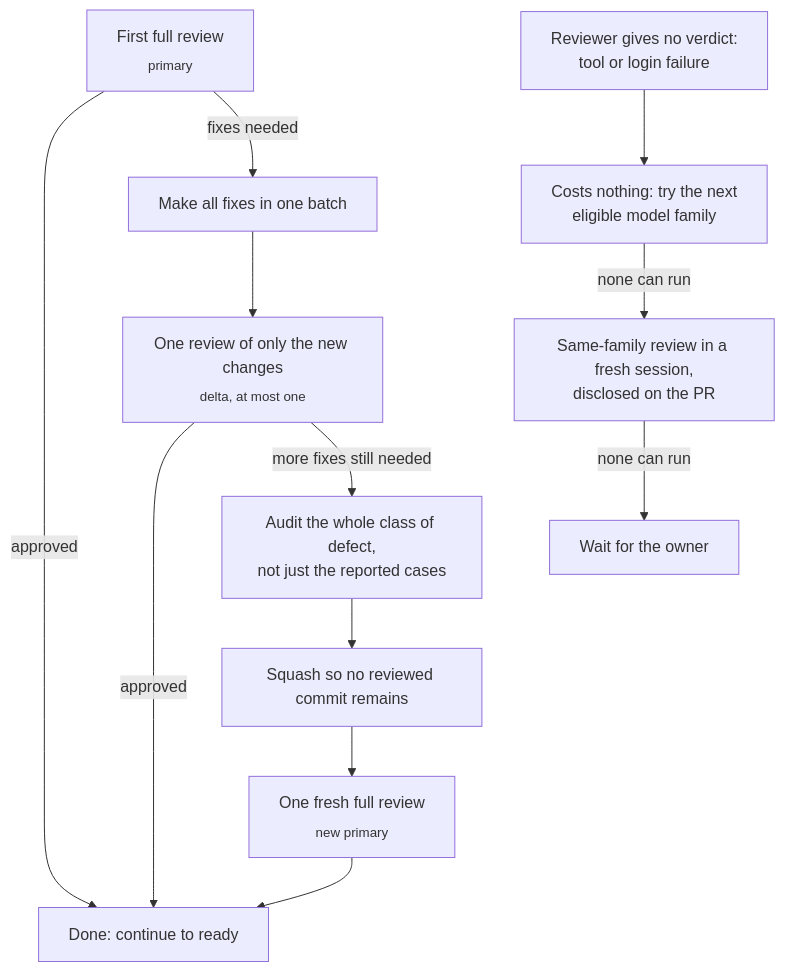
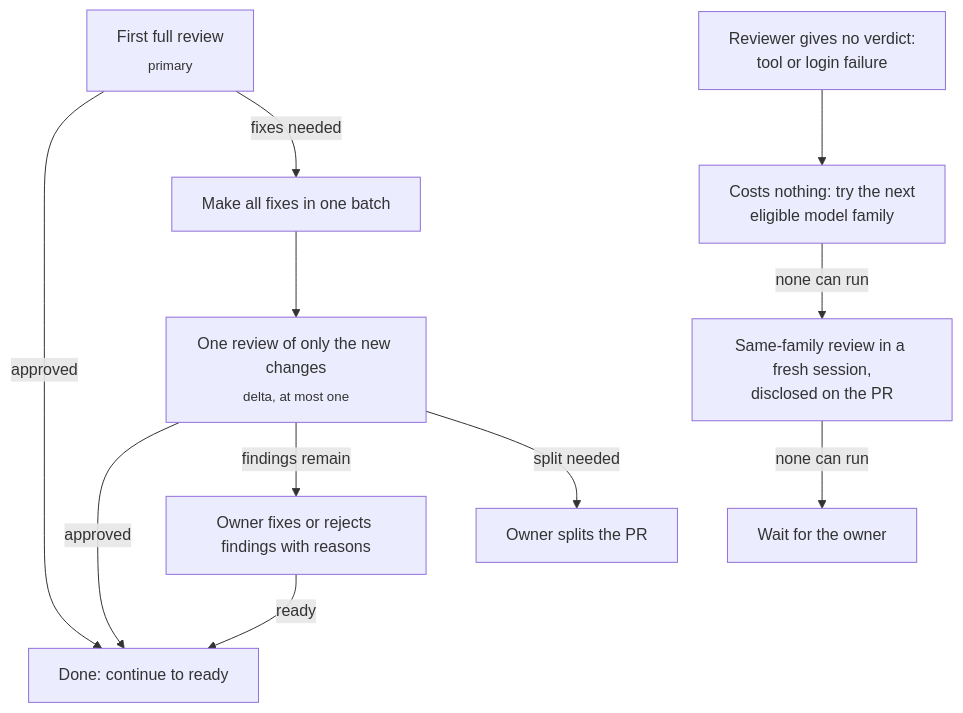
The second of 3 diagrams in docs/WORKFLOW.md (feder-positronics/loop-zero), drawn with Mermaid before and after one commit. The commit also changed other lines of this file and 8 other files, not shown here.

````diff
--- a/docs/WORKFLOW.md
+++ b/docs/WORKFLOW.md
@@ -37,14 +37,13 @@
 ```mermaid
 flowchart TD
     A["First full review<br/><sub>primary</sub>"] -->|approved| Z["Done: continue to ready"]
     A -->|fixes needed| B["Make all fixes in one batch"]
     B --> C["One review of only the new changes<br/><sub>delta, at most one</sub>"]
     C -->|approved| Z
-    C -->|more fixes still needed| D["Audit the whole class of defect,<br/>not just the reported cases"]
-    D --> E["Squash so no reviewed commit remains"]
-    E --> F["One fresh full review<br/><sub>new primary</sub>"]
-    F --> Z
+    C -->|findings remain| D["Owner fixes or rejects findings with reasons"]
+    D -->|ready| Z
+    C -->|split needed| E["Owner splits the PR"]
     G["Reviewer gives no verdict:<br/>tool or login failure"] --> H["Costs nothing: try the next<br/>eligible model family"]
     H -->|none can run| J["Same-family review in a fresh session,<br/>disclosed on the PR"]
     J -->|none can run| I["Wait for the owner"]
 ```
````
